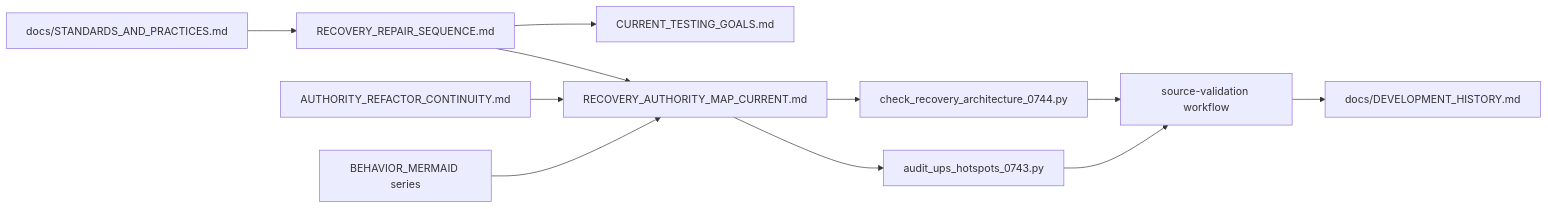
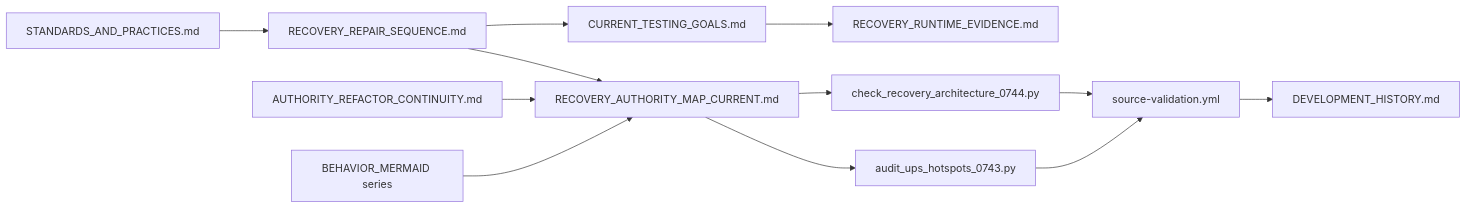
Before and after one commit to mrcalzon02/Tech-Priests: diagram 15 of 15 in docs/RECOVERY_AUTHORITY_MAP_CURRENT.md, drawn with Mermaid. The commit also changed other lines of this file, not shown here.

Commit message:
Align current recovery authority map

````diff
--- a/docs/RECOVERY_AUTHORITY_MAP_CURRENT.md
+++ b/docs/RECOVERY_AUTHORITY_MAP_CURRENT.md
@@ -366,21 +391,22 @@
 ```mermaid
 flowchart LR
     Recovery[RECOVERY_REPAIR_SEQUENCE.md]
-    Standards[docs/STANDARDS_AND_PRACTICES.md]
-    History[docs/DEVELOPMENT_HISTORY.md]
+    Standards[STANDARDS_AND_PRACTICES.md]
+    History[DEVELOPMENT_HISTORY.md]
     Testing[CURRENT_TESTING_GOALS.md]
+    Runbook[RECOVERY_RUNTIME_EVIDENCE.md]
     Continuity[AUTHORITY_REFACTOR_CONTINUITY.md]
     OldMaps[BEHAVIOR_MERMAID series]
     CurrentMap[RECOVERY_AUTHORITY_MAP_CURRENT.md]
     Checker[check_recovery_architecture_0744.py]
     UPS[audit_ups_hotspots_0743.py]
-    CI[source-validation workflow]
+    CI[source-validation.yml]
 
     Standards --> Recovery --> CurrentMap
-    Recovery --> Testing
+    Recovery --> Testing --> Runbook
     Continuity --> CurrentMap
     OldMaps --> CurrentMap
     CurrentMap --> Checker --> CI
     CurrentMap --> UPS --> CI
     CI --> History
 ```
````
